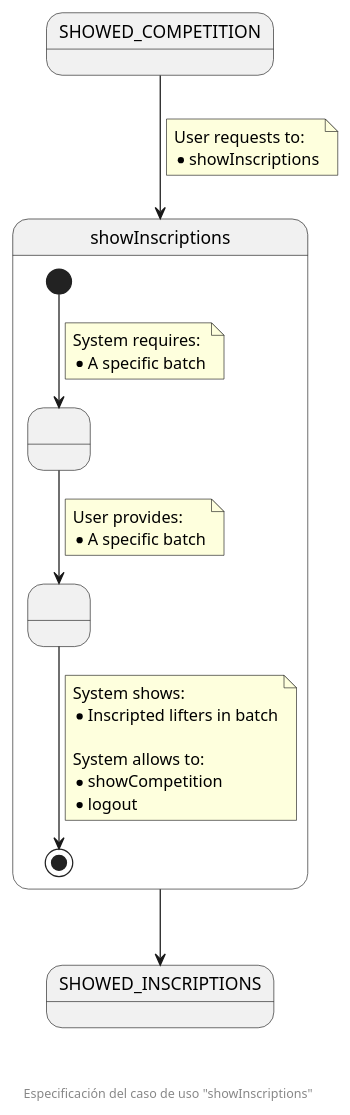
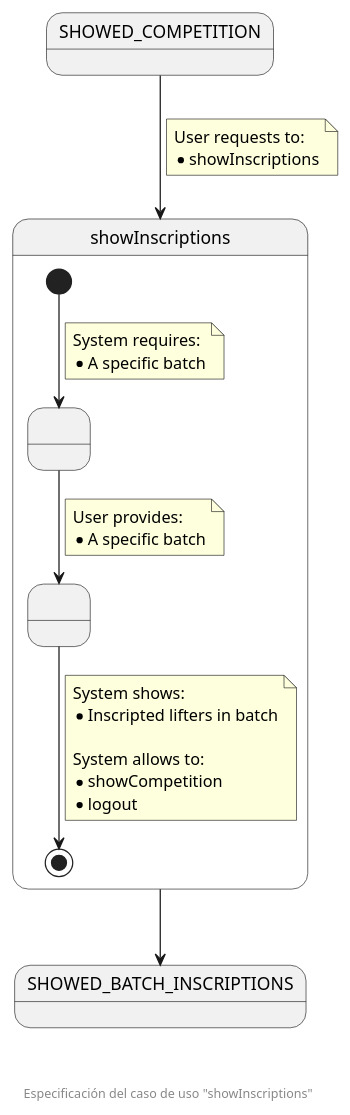
Before and after one commit to zuldare/mastercloud_pfm_halterocms: the diagram in diagrams/useCasesSpecification/showInscriptions.puml, drawn with PlantUML.

Commit message:
Rename SHOWED_INSCRIPTIONS to SHOWED_BATCH_INSCRIPTIONS

```diff
--- a/diagrams/useCasesSpecification/showInscriptions.puml
+++ b/diagrams/useCasesSpecification/showInscriptions.puml
@@ -1,37 +1,37 @@
 @startuml
 state SHOWED_COMPETITION
 state showInscriptions {
   state " " as pendingBatch
   state " " as providedBatch
   [*] --> pendingBatch
   note on link
     System requires:
     * A specific batch
   end note
   pendingBatch --> providedBatch
   note on link
     User provides:
     * A specific batch
   end note
   providedBatch --> [*]
   note on link
     System shows:
     * Inscripted lifters in batch
     
     System allows to:
     * showCompetition
     * logout
   end note
 }
-state SHOWED_INSCRIPTIONS
+state SHOWED_BATCH_INSCRIPTIONS
 
 SHOWED_COMPETITION --> showInscriptions
 note on link
   User requests to:
   * showInscriptions
 end note
 
-showInscriptions --> SHOWED_INSCRIPTIONS
+showInscriptions --> SHOWED_BATCH_INSCRIPTIONS
 
 footer \n\n\n Especificación del caso de uso "showInscriptions"
 @enduml
```
